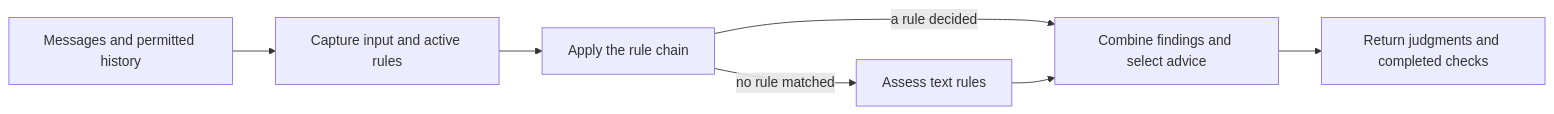
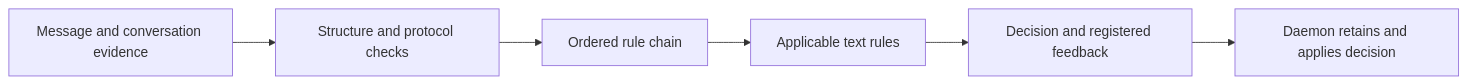
One commit to chughtapan/moltzap-staging changed the diagram in src/firewall/README.md. Above: the diagram before and after it, drawn with Mermaid. The commit also changed other lines of this file and 82 other files, not shown here.

````diff
--- a/src/firewall/README.md
+++ b/src/firewall/README.md
@@ -9,9 +7,8 @@
 ```mermaid
 flowchart LR
-  A[Messages and permitted history] --> B[Capture input and active rules]
-  B --> C[Apply the rule chain]
-  C -->|no rule matched| D[Assess text rules]
-  C -->|a rule decided| E
-  D --> E[Combine findings and select advice]
-  E --> F[Return judgments and completed checks]
+  A[Message and conversation evidence] --> B[Structure and protocol checks]
+  B --> C[Ordered rule chain]
+  C --> D[Applicable text rules]
+  D --> E[Decision and registered feedback]
+  E --> F[Daemon retains and applies decision]
 ```
````
